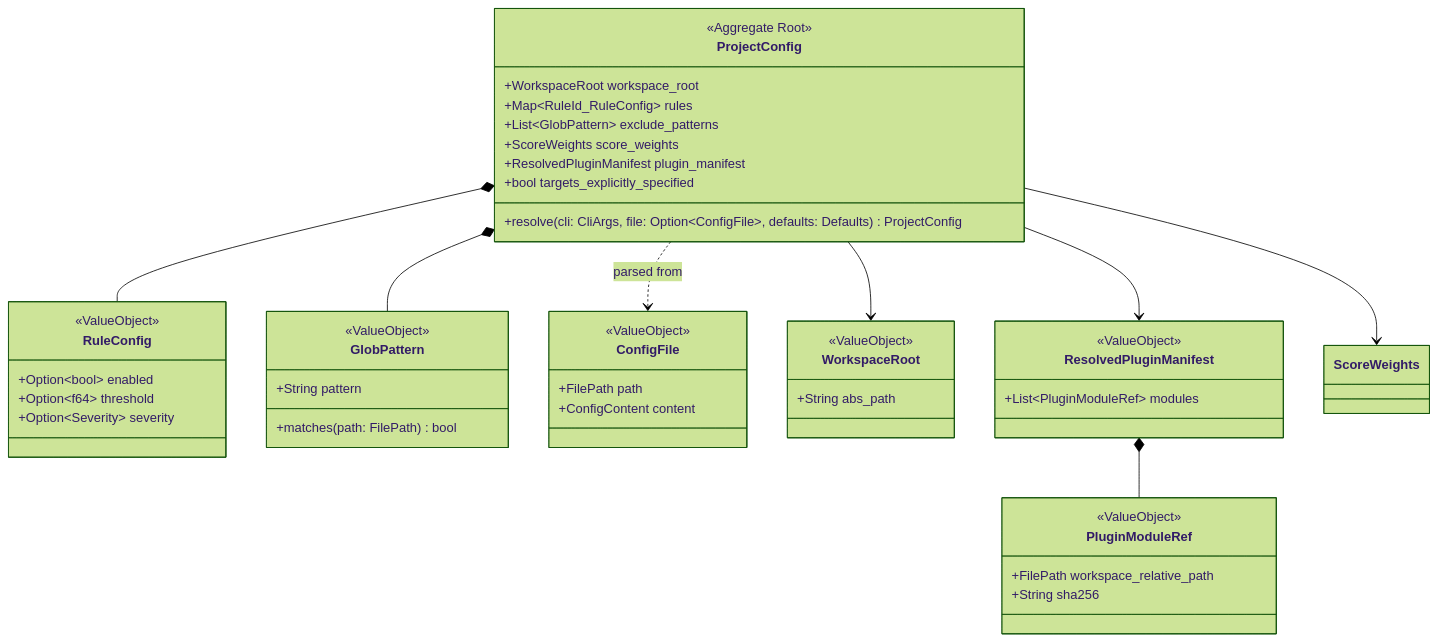
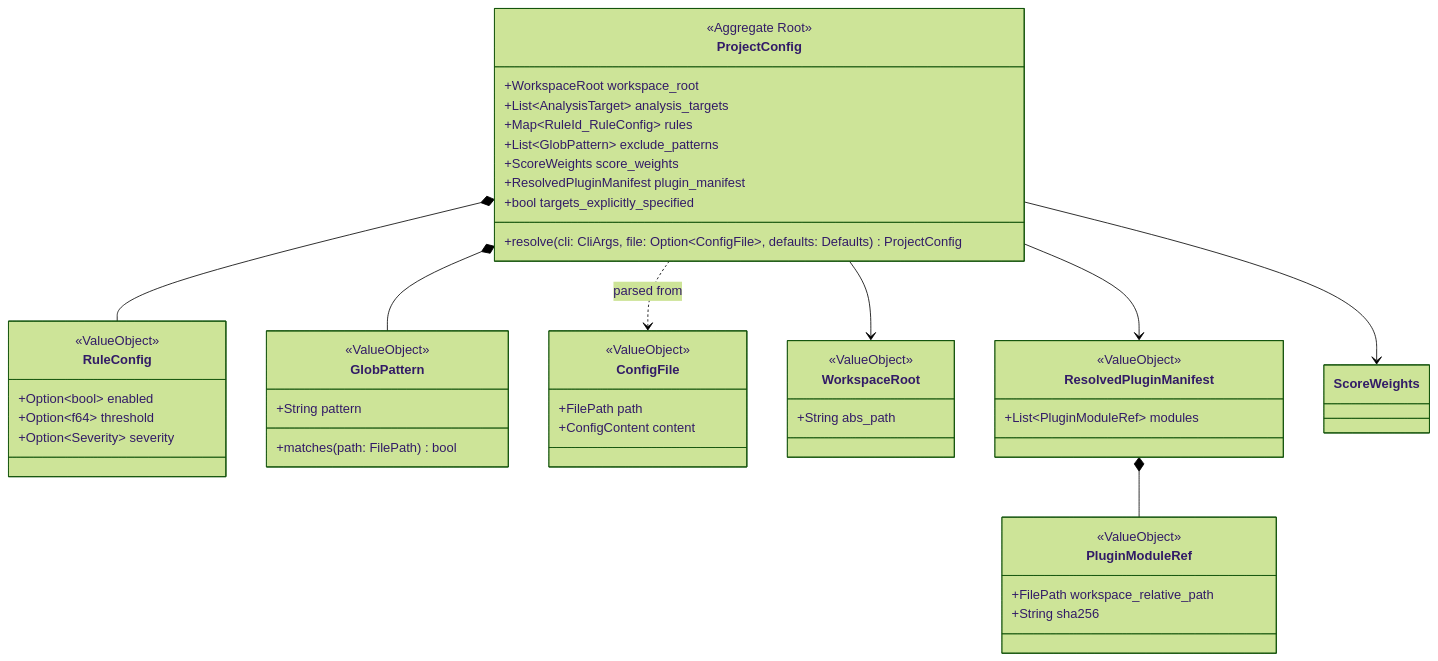
Before and after one commit to RK0429/kalos: the sixth of 9 diagrams in docs/domain_model.md, drawn with Mermaid (forest theme). The commit also changed other lines of this file and 8 other files, not shown here.

````diff
--- a/docs/domain_model.md
+++ b/docs/domain_model.md
@@ -570,50 +571,51 @@
 ```mermaid
 classDiagram
     class ProjectConfig {
         <<Aggregate Root>>
         +WorkspaceRoot workspace_root
+        +List~AnalysisTarget~ analysis_targets
         +Map~RuleId_RuleConfig~ rules
         +List~GlobPattern~ exclude_patterns
         +ScoreWeights score_weights
         +ResolvedPluginManifest plugin_manifest
         +bool targets_explicitly_specified
         +resolve(cli: CliArgs, file: Option~ConfigFile~, defaults: Defaults) ProjectConfig
     }
     class RuleConfig {
         <<ValueObject>>
         +Option~bool~ enabled
         +Option~f64~ threshold
         +Option~Severity~ severity
     }
     class GlobPattern {
         <<ValueObject>>
         +String pattern
         +matches(path: FilePath) bool
     }
     class ConfigFile {
         <<ValueObject>>
         +FilePath path
         +ConfigContent content
     }
     class WorkspaceRoot {
         <<ValueObject>>
         +String abs_path
     }
     class ResolvedPluginManifest {
         <<ValueObject>>
         +List~PluginModuleRef~ modules
     }
     class PluginModuleRef {
         <<ValueObject>>
         +FilePath workspace_relative_path
         +String sha256
     }
 
     ProjectConfig --> WorkspaceRoot
     ProjectConfig *-- RuleConfig
     ProjectConfig *-- GlobPattern
     ProjectConfig --> ScoreWeights
     ProjectConfig --> ResolvedPluginManifest
     ResolvedPluginManifest *-- PluginModuleRef
     ProjectConfig ..> ConfigFile : parsed from
 ```
````
